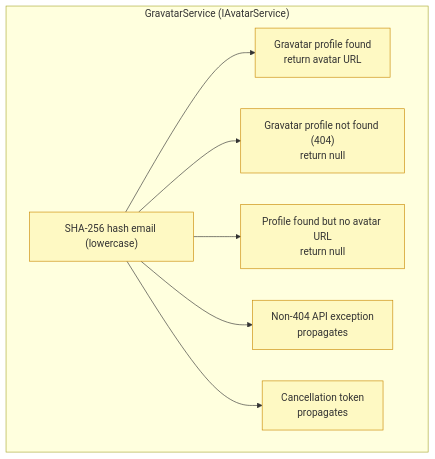
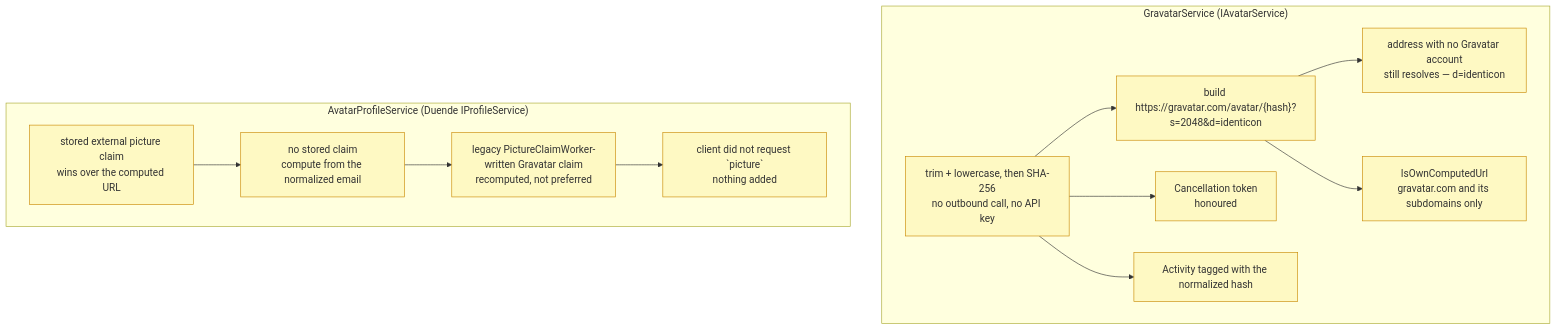
Diagram 14 of 16 in TESTING.md (crgolden/Identity), drawn with Mermaid before and after one commit. The commit also changed other lines of this file and 2 other files, not shown here.

Commit message:
Point the avatar docs at what the code does now

````diff
--- a/TESTING.md
+++ b/TESTING.md
@@ -1100,24 +1100,37 @@
 ```mermaid
 flowchart TD
     classDef unitOnly fill:#fef9c3,stroke:#ca8a04
 
     subgraph GravatarSvc["GravatarService (IAvatarService)"]
-        GV_Hash["SHA-256 hash email (lowercase)"]:::unitOnly
+        GV_Hash["trim + lowercase, then SHA-256\nno outbound call, no API key"]:::unitOnly
 
-        GV_Found["Gravatar profile found\nreturn avatar URL"]:::unitOnly
+        GV_Url["build https://gravatar.com/avatar/{hash}?s=2048&d=identicon"]:::unitOnly
 
-        GV_NotFound["Gravatar profile not found (404)\nreturn null"]:::unitOnly
+        GV_NoAccount["address with no Gravatar account\nstill resolves — d=identicon"]:::unitOnly
 
-        GV_NullUrl["Profile found but no avatar URL\nreturn null"]:::unitOnly
+        GV_Own["IsOwnComputedUrl\ngravatar.com and its subdomains only"]:::unitOnly
 
-        GV_OtherErr["Non-404 API exception\npropagates"]:::unitOnly
+        GV_Cancel["Cancellation token\nhonoured"]:::unitOnly
 
-        GV_Cancel["Cancellation token\npropagates"]:::unitOnly
+        GV_Tag["Activity tagged with the normalized hash"]:::unitOnly
     end
 
-    GV_Hash --> GV_Found
-    GV_Hash --> GV_NotFound
-    GV_Hash --> GV_NullUrl
-    GV_Hash --> GV_OtherErr
+    subgraph AvatarProfile["AvatarProfileService (Duende IProfileService)"]
+        AP_Stored["stored external picture claim\nwins over the computed URL"]:::unitOnly
+
+        AP_Computed["no stored claim\ncompute from the normalized email"]:::unitOnly
+
+        AP_Legacy["legacy PictureClaimWorker-written Gravatar claim\nrecomputed, not preferred"]:::unitOnly
+
+        AP_NotRequested["client did not request `picture`\nnothing added"]:::unitOnly
+    end
+
+    GV_Hash --> GV_Url
+    GV_Url --> GV_NoAccount
+    GV_Url --> GV_Own
     GV_Hash --> GV_Cancel
+    GV_Hash --> GV_Tag
+    AP_Stored --> AP_Computed
+    AP_Computed --> AP_Legacy
+    AP_Legacy --> AP_NotRequested
 ```
````
